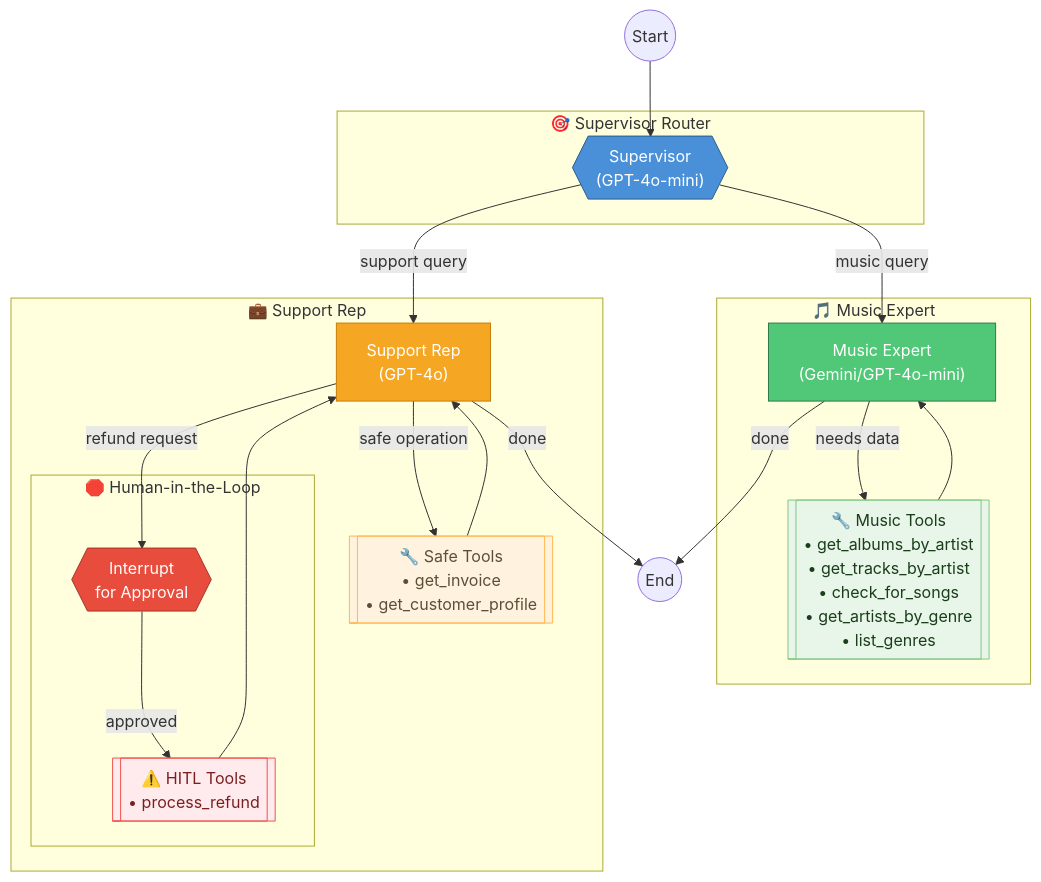
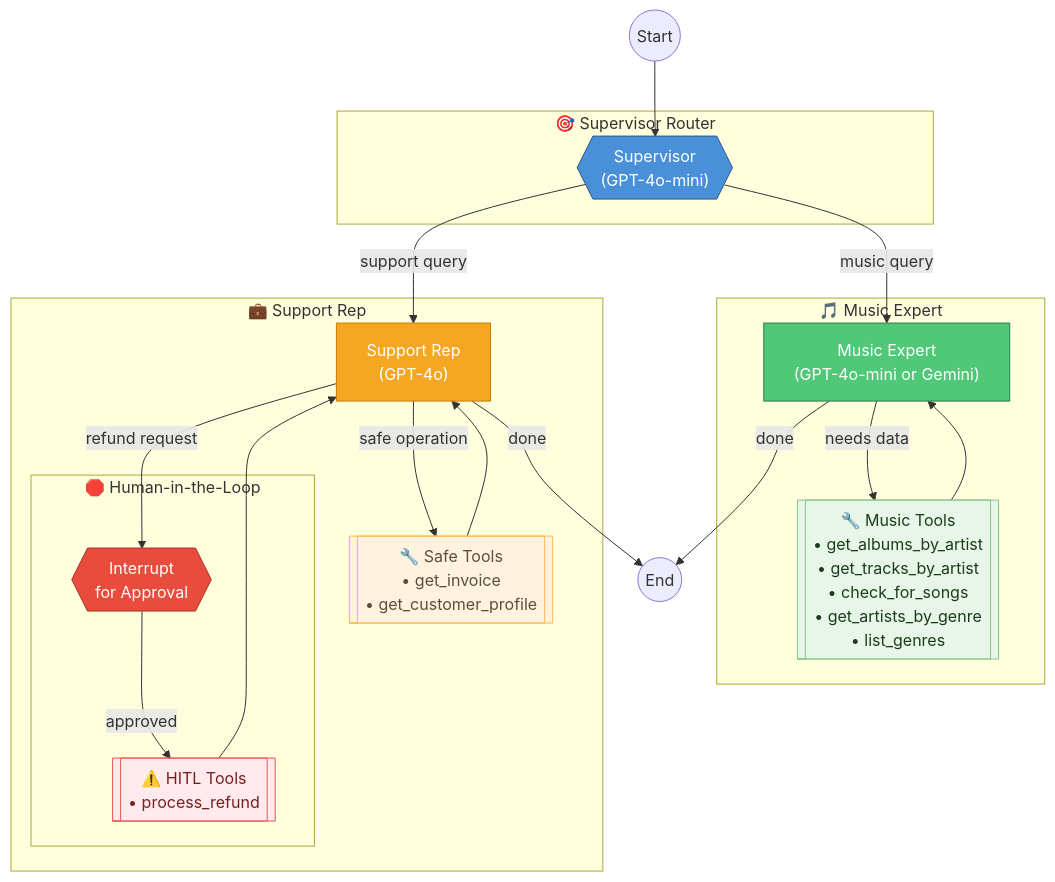
The diagram in README.md (scarolan/music_store_assistant), drawn with Mermaid before and after one commit. The commit also changed other lines of this file, not shown here.

Commit message:
Update README: Music Expert defaults to GPT-4o-mini

````diff
--- a/README.md
+++ b/README.md
@@ -9,46 +9,46 @@
 ```mermaid
 flowchart TD
     Start((Start)) --> supervisor
 
     subgraph Routing["🎯 Supervisor Router"]
         supervisor{{"Supervisor<br/>(GPT-4o-mini)"}}
     end
 
     supervisor -->|"music query"| music_expert
     supervisor -->|"support query"| support_rep
 
     subgraph Music["🎵 Music Expert"]
-        music_expert["Music Expert<br/>(Gemini/GPT-4o-mini)"]
+        music_expert["Music Expert<br/>(GPT-4o-mini or Gemini)"]
         music_tools[["🔧 Music Tools<br/>• get_albums_by_artist<br/>• get_tracks_by_artist<br/>• check_for_songs<br/>• get_artists_by_genre<br/>• list_genres"]]
         music_expert -->|"needs data"| music_tools
         music_tools --> music_expert
     end
 
     subgraph Support["💼 Support Rep"]
         support_rep["Support Rep<br/>(GPT-4o)"]
         support_tools[["🔧 Safe Tools<br/>• get_invoice<br/>• get_customer_profile"]]
         refund_tools[["⚠️ HITL Tools<br/>• process_refund"]]
         
         support_rep -->|"safe operation"| support_tools
         support_rep -->|"refund request"| hitl
         support_tools --> support_rep
         
         subgraph HITL["🛑 Human-in-the-Loop"]
             hitl{{"Interrupt<br/>for Approval"}}
             hitl -->|"approved"| refund_tools
         end
         
         refund_tools --> support_rep
     end
 
     music_expert -->|"done"| End((End))
     support_rep -->|"done"| End
 
     style supervisor fill:#4a90d9,stroke:#2d5a87,color:#fff
     style music_expert fill:#50c878,stroke:#2d7a4a,color:#fff
     style support_rep fill:#f5a623,stroke:#c77d0a,color:#fff
     style hitl fill:#e74c3c,stroke:#a93226,color:#fff
     style music_tools fill:#e8f5e9,stroke:#81c784,color:#1a3d1a
     style support_tools fill:#fff3e0,stroke:#ffb74d,color:#5d4e37
     style refund_tools fill:#ffebee,stroke:#ef5350,color:#7a1f1f
 ```
````
